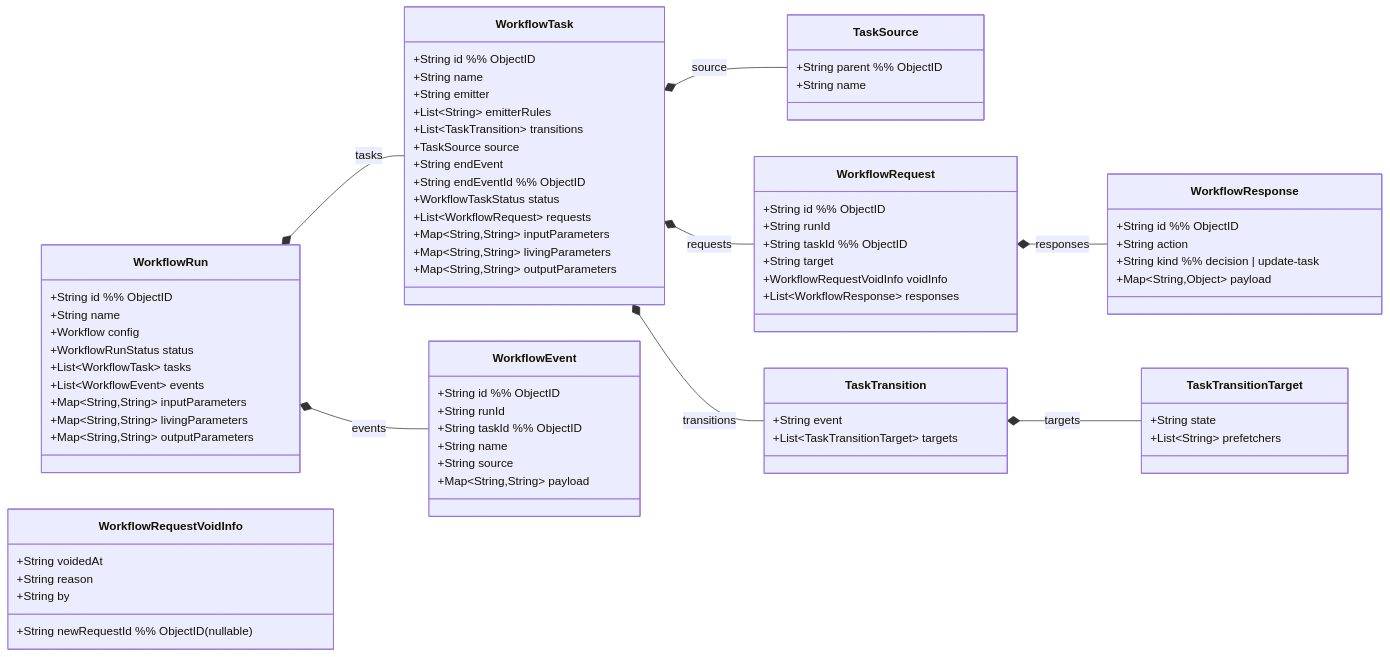
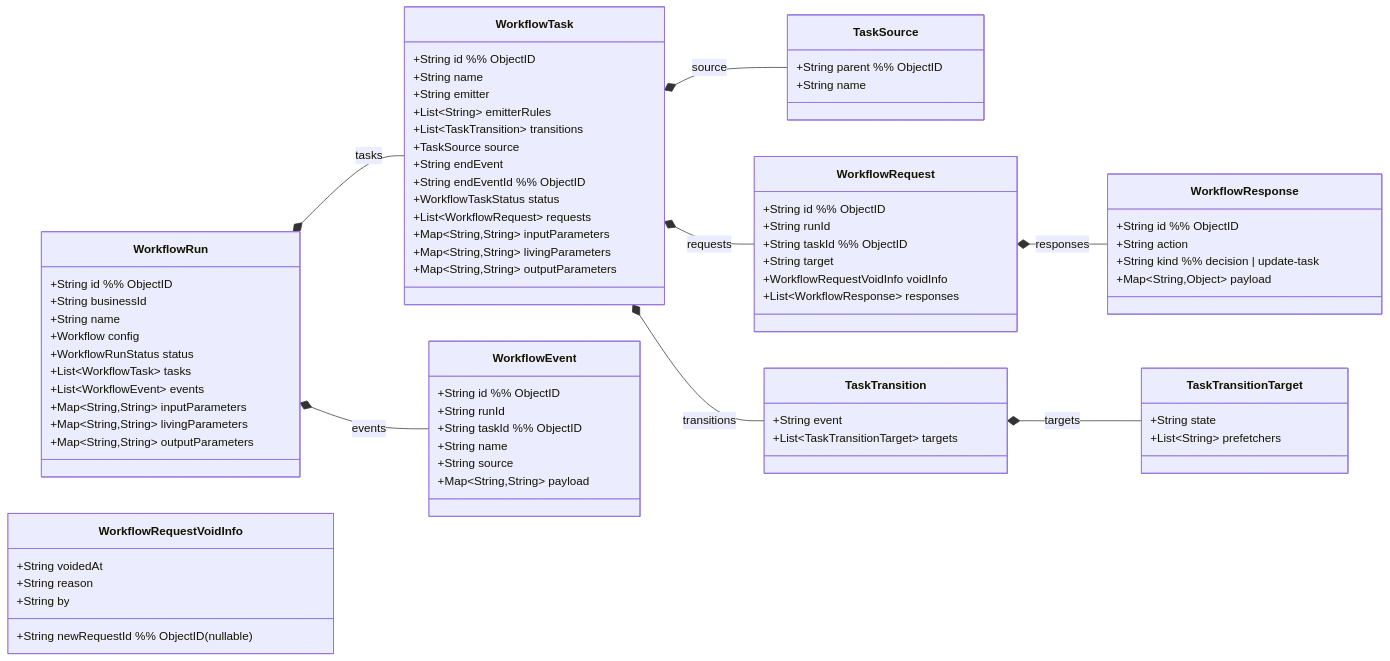
The first of 8 diagrams in docs/design/20-runtime-domain.md (lchrennew/es-workflow), drawn with Mermaid before and after one commit. The commit also changed other lines of this file and 14 other files, not shown here.

```diff
--- a/docs/design/20-runtime-domain.md
+++ b/docs/design/20-runtime-domain.md
@@ -26,6 +25,7 @@
 
 class WorkflowRun {
   +String id  %% ObjectID
+  +String businessId
   +String name
   +Workflow config
   +WorkflowRunStatus status
```
